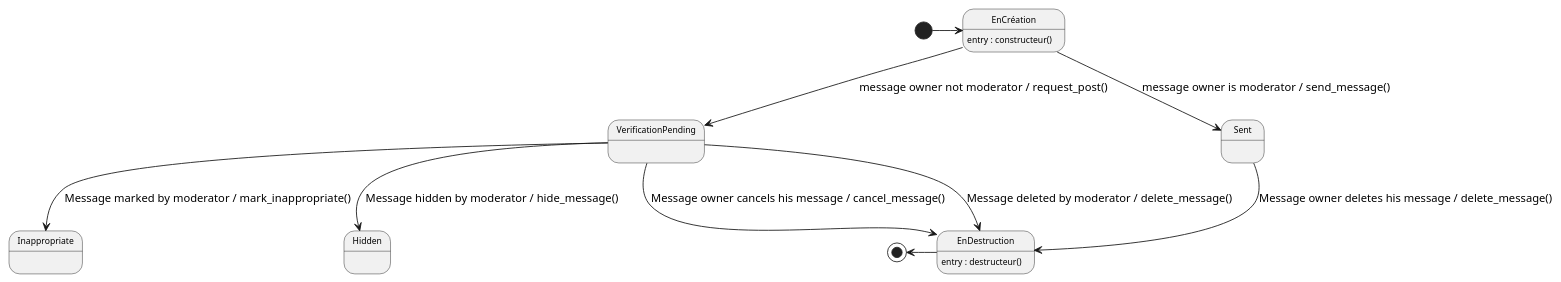
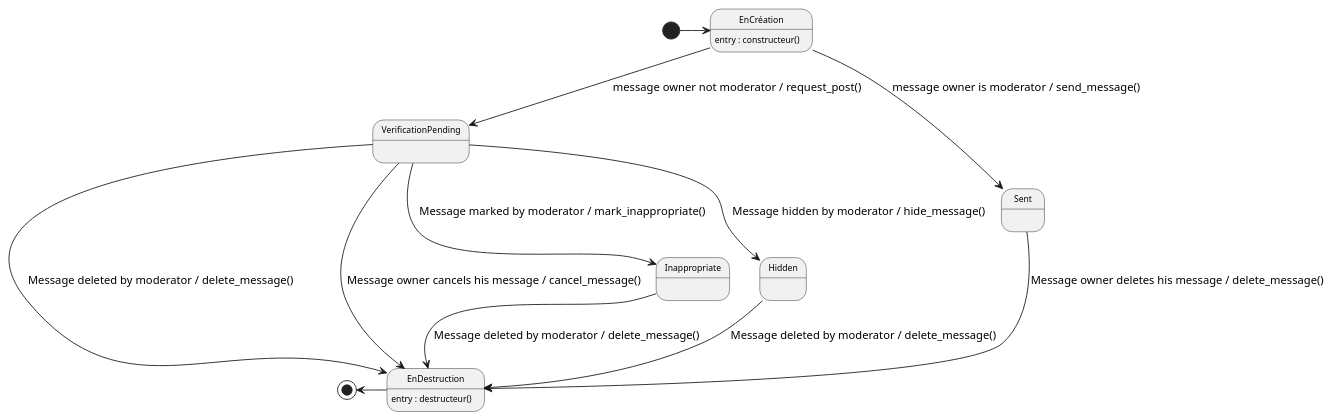
The diagram in Diagrammes/minisocs_uml_diag_machine_a_etats_message.pu (lukalafaye/MiniSocs), drawn with PlantUML before and after one commit. The commit also changed 6 other files, not shown here.

```diff
--- a/Diagrammes/minisocs_uml_diag_machine_a_etats_message.pu
+++ b/Diagrammes/minisocs_uml_diag_machine_a_etats_message.pu
@@ -1,26 +1,27 @@
 @startuml
 
 ' Configuration charte graphique
 ' États et transitions
 skinparam state {
     FontSize 10
     RoundCorner 10
 }
 
 state EnCréation : entry : constructeur()
 state EnDestruction : entry : destructeur()
 
 [*] -right-> EnCréation
 EnCréation --> VerificationPending: message owner not moderator / request_post()
 EnCréation --> Sent: message owner is moderator / send_message()
 VerificationPending --> EnDestruction: Message deleted by moderator / delete_message()
 VerificationPending --> Inappropriate: Message marked by moderator / mark_inappropriate()
 VerificationPending --> Hidden: Message hidden by moderator / hide_message()
 VerificationPending --> EnDestruction: Message owner cancels his message / cancel_message()
-
+Hidden              --> EnDestruction: Message deleted by moderator / delete_message()
+Inappropriate       --> EnDestruction: Message deleted by moderator / delete_message()
 Sent --> EnDestruction: Message owner deletes his message / delete_message()
 
 
 EnDestruction-left-> [*]
 
 @enduml
```
